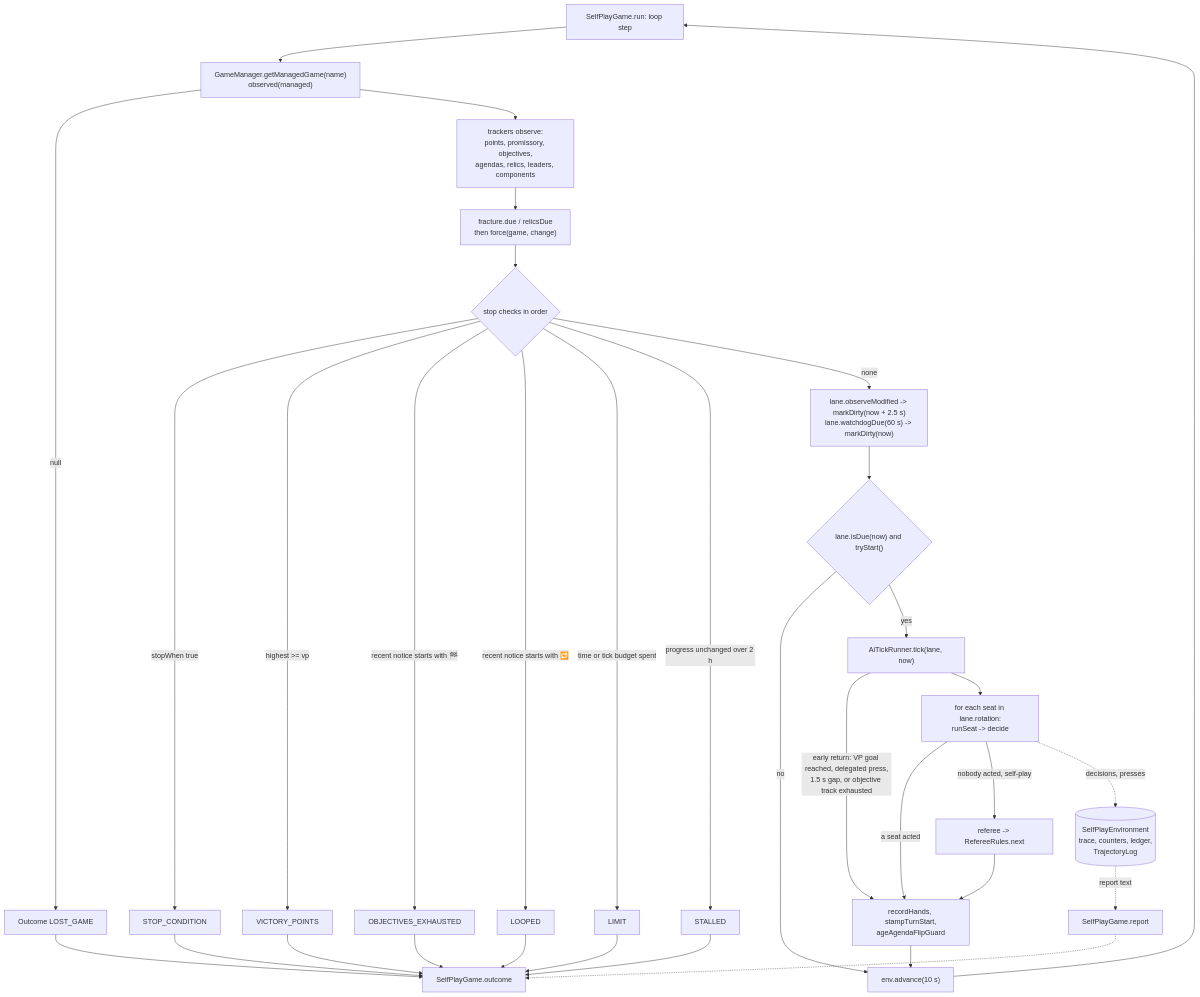
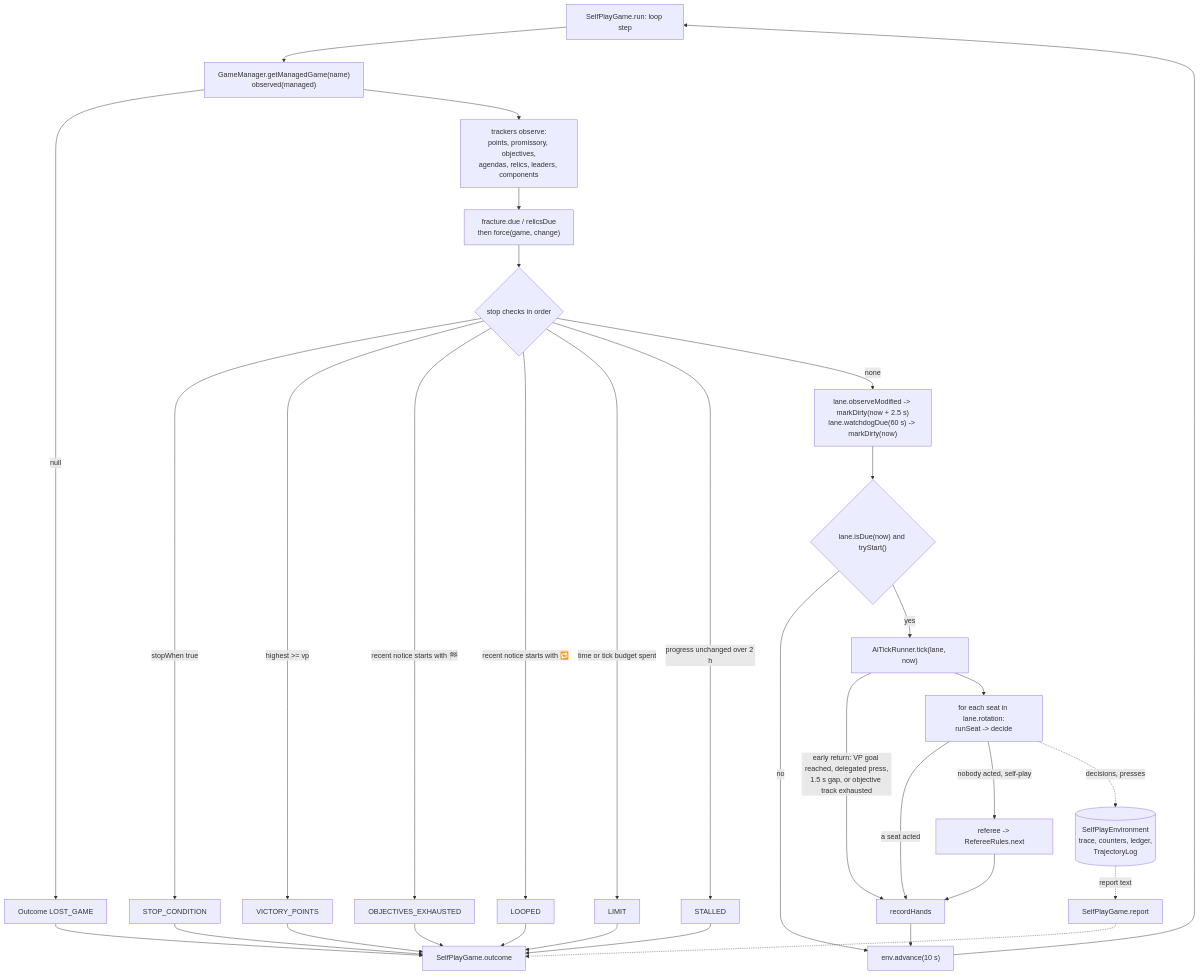
One commit to AsyncTI4/TI4_map_generator_bot changed the first of 2 diagrams in src/test/java/ti4/ai/README.md. Above: the diagram before and after it, drawn with Mermaid. The commit also changed other lines of this file and 4 other files, not shown here.

First line of the commit message:
Stamp turn changes and agenda flips on GameClock; drop harness repairs

````diff
--- a/src/test/java/ti4/ai/README.md
+++ b/src/test/java/ti4/ai/README.md
@@ -85,35 +85,35 @@
 ```mermaid
 flowchart TD
     Start["SelfPlayGame.run: loop step"] --> Load["GameManager.getManagedGame(name)<br/>observed(managed)"]
     Load -->|null| Lost["Outcome LOST_GAME"]
     Load --> Observe["trackers observe:<br/>points, promissory, objectives,<br/>agendas, relics, leaders, components"]
     Observe --> Force["fracture.due / relicsDue<br/>then force(game, change)"]
     Force --> Stops{"stop checks in order"}
     Stops -->|"stopWhen true"| S1["STOP_CONDITION"]
     Stops -->|"highest >= vp"| S2["VICTORY_POINTS"]
     Stops -->|"recent notice starts with 🏁"| S3["OBJECTIVES_EXHAUSTED"]
     Stops -->|"recent notice starts with 🔁"| S4["LOOPED"]
     Stops -->|"time or tick budget spent"| S5["LIMIT"]
     Stops -->|"progress unchanged over 2 h"| S6["STALLED"]
     Stops -->|none| Dirty["lane.observeModified -> markDirty(now + 2.5 s)<br/>lane.watchdogDue(60 s) -> markDirty(now)"]
     Dirty --> Due{"lane.isDue(now) and tryStart()"}
     Due -->|no| Advance["env.advance(10 s)"]
     Due -->|yes| Tick["AiTickRunner.tick(lane, now)"]
     Tick -->|"early return: VP goal reached, delegated press,<br/>1.5 s gap, or objective track exhausted"| After
     Tick --> Seats["for each seat in lane.rotation:<br/>runSeat -> decide"]
     Seats -->|"a seat acted"| After
     Seats -->|"nobody acted, self-play"| Referee["referee -> RefereeRules.next"]
-    Referee --> After["recordHands, stampTurnStart,<br/>ageAgendaFlipGuard"]
+    Referee --> After["recordHands"]
     After --> Advance
     Advance --> Start
     Seats -.->|"decisions, presses"| Env[("SelfPlayEnvironment<br/>trace, counters, ledger,<br/>TrajectoryLog")]
     Env -.->|"report text"| Report["SelfPlayGame.report"]
     S1 --> Out["SelfPlayGame.outcome"]
     S2 --> Out
     S3 --> Out
     S4 --> Out
     S5 --> Out
     S6 --> Out
     Lost --> Out
     Report -.-> Out
 ```
````
